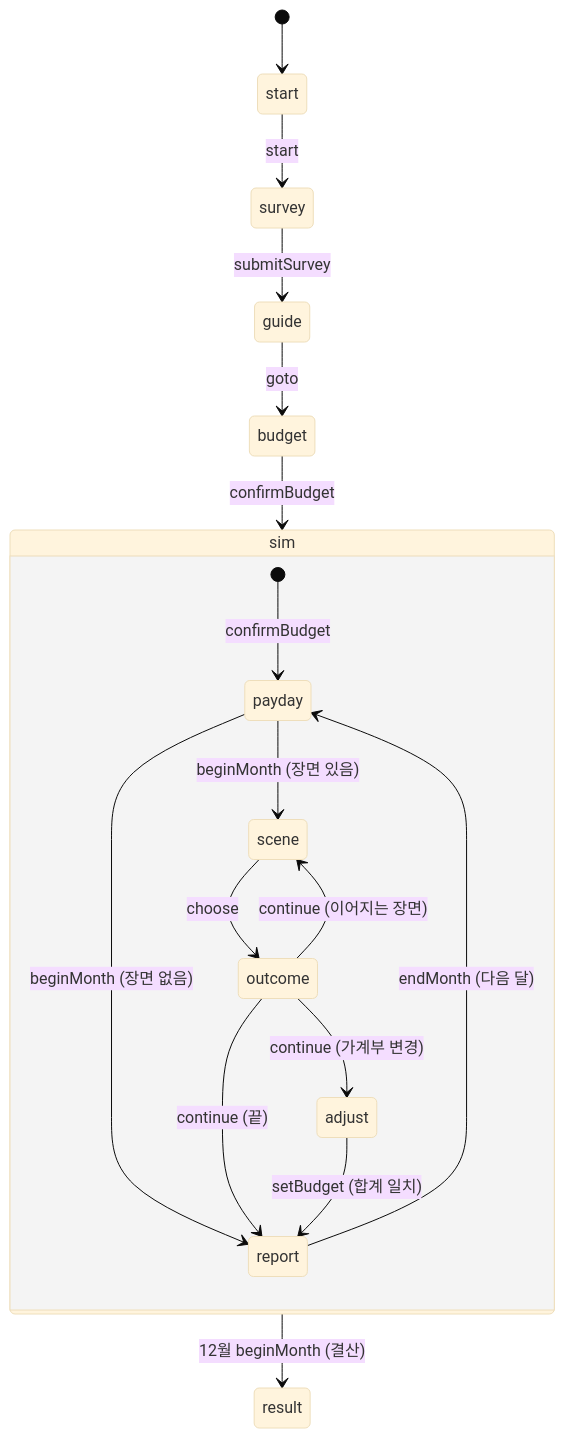
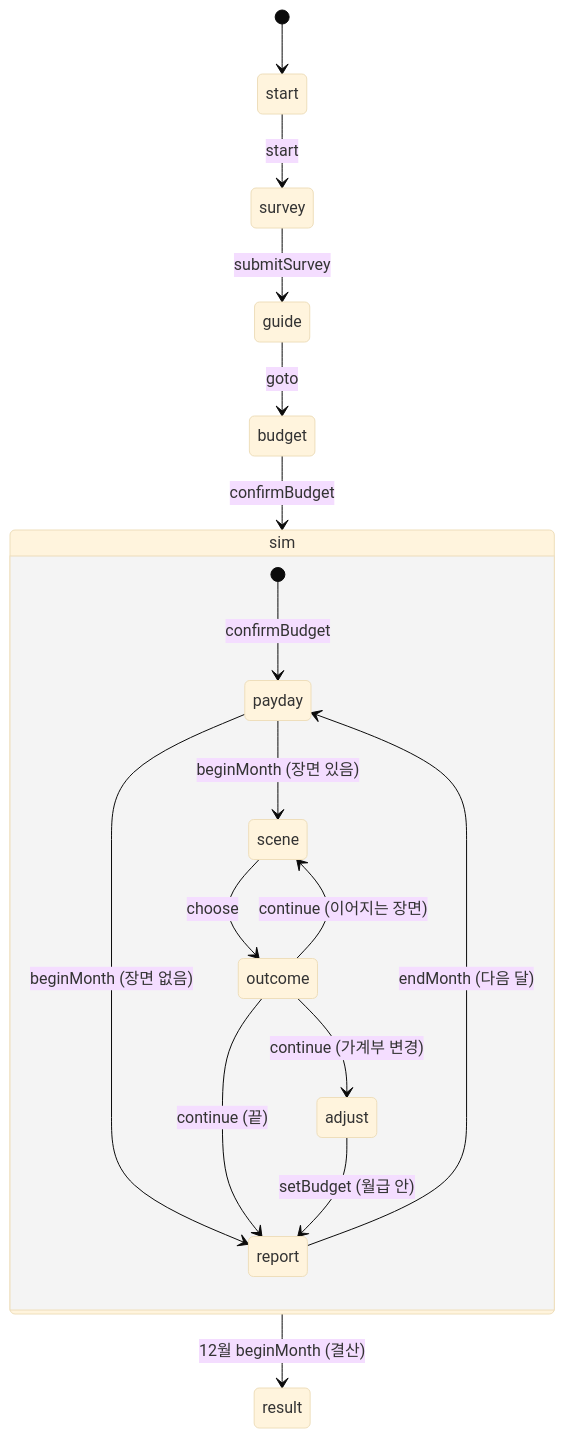
The diagram in docs/core-api.md (tasoo-oos/computer-subject-teaching-team-12-meterial), drawn with Mermaid (base theme) before and after one commit. The commit also changed other lines of this file and 36 other files, not shown here.

````diff
--- a/docs/core-api.md
+++ b/docs/core-api.md
@@ -257,20 +256,20 @@
 ```mermaid
 stateDiagram-v2
     [*] --> start
     start --> survey: start
     survey --> guide: submitSurvey
     guide --> budget: goto
     budget --> sim: confirmBudget
     state sim {
         [*] --> payday: confirmBudget
         payday --> scene: beginMonth (장면 있음)
         payday --> report: beginMonth (장면 없음)
         scene --> outcome: choose
         outcome --> scene: continue (이어지는 장면)
         outcome --> adjust: continue (가계부 변경)
         outcome --> report: continue (끝)
-        adjust --> report: setBudget (합계 일치)
+        adjust --> report: setBudget (월급 안)
         report --> payday: endMonth (다음 달)
     }
     sim --> result: 12월 beginMonth (결산)
 ```
````
